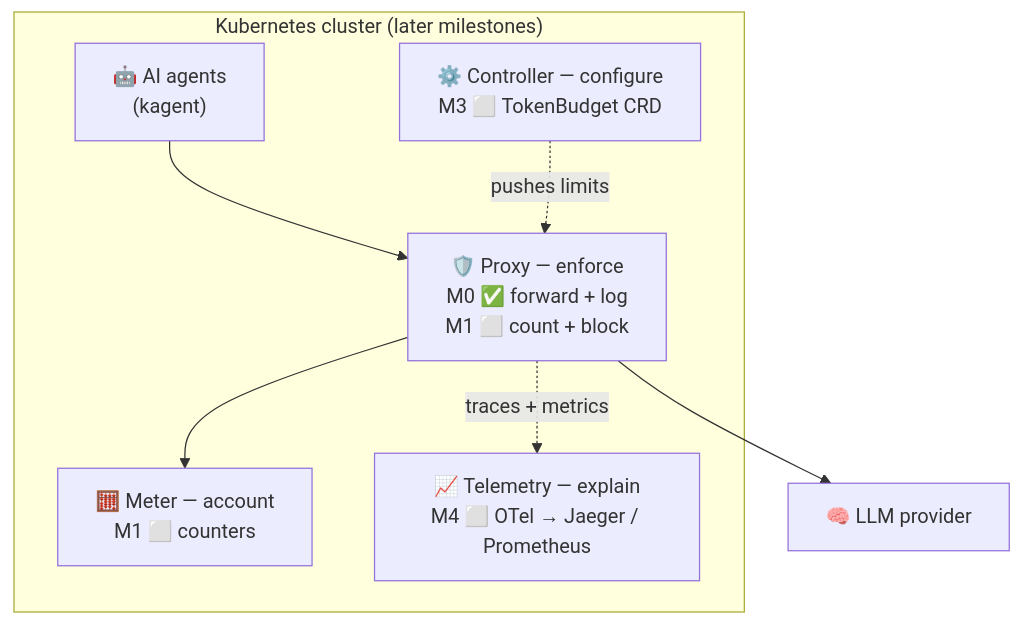
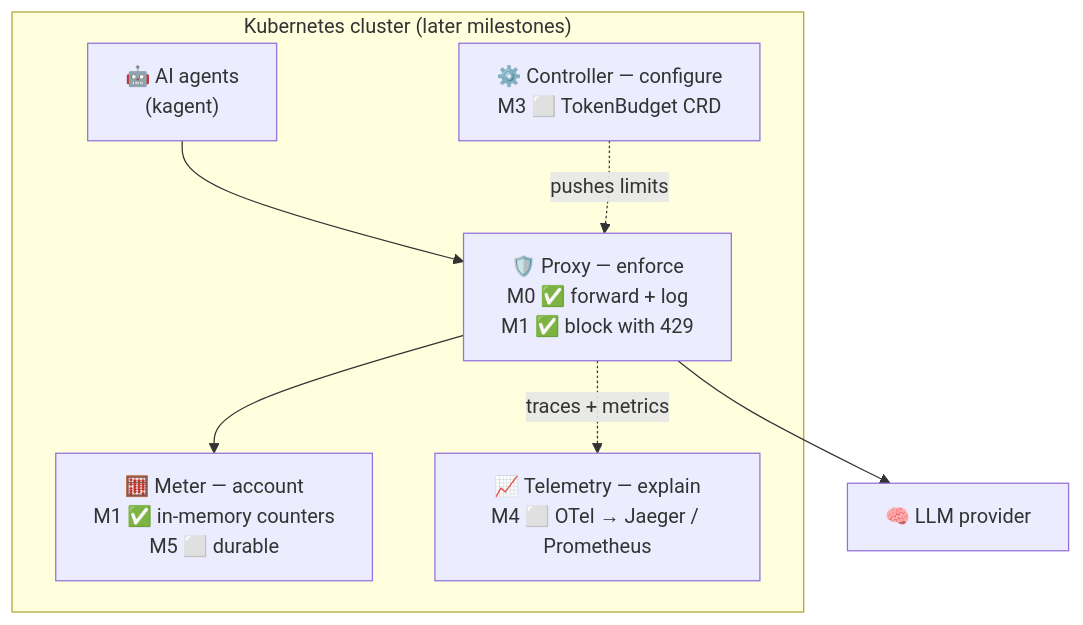
Before and after one commit to chikolavosaki-sys/agent-budget: the first of 4 diagrams in docs/ARCHITECTURE.md, drawn with Mermaid. The commit also changed other lines of this file and 6 other files, not shown here.

````diff
--- a/docs/ARCHITECTURE.md
+++ b/docs/ARCHITECTURE.md
@@ -7,16 +7,16 @@
 ```mermaid
 flowchart TB
     subgraph K8s["Kubernetes cluster (later milestones)"]
         Agents["🤖 AI agents<br/>(kagent)"]
-        Proxy["🛡️ Proxy — enforce<br/>M0 ✅ forward + log<br/>M1 ⬜ count + block"]
-        Meter["🧮 Meter — account<br/>M1 ⬜ counters"]
+        Proxy["🛡️ Proxy — enforce<br/>M0 ✅ forward + log<br/>M1 ✅ block with 429"]
+        Meter["🧮 Meter — account<br/>M1 ✅ in-memory counters<br/>M5 ⬜ durable"]
         Ctrl["⚙️ Controller — configure<br/>M3 ⬜ TokenBudget CRD"]
         Tel["📈 Telemetry — explain<br/>M4 ⬜ OTel → Jaeger / Prometheus"]
     end
     LLM["🧠 LLM provider"]
 
     Agents --> Proxy --> LLM
     Proxy --> Meter
     Ctrl -. "pushes limits" .-> Proxy
     Proxy -. "traces + metrics" .-> Tel
 ```
````
